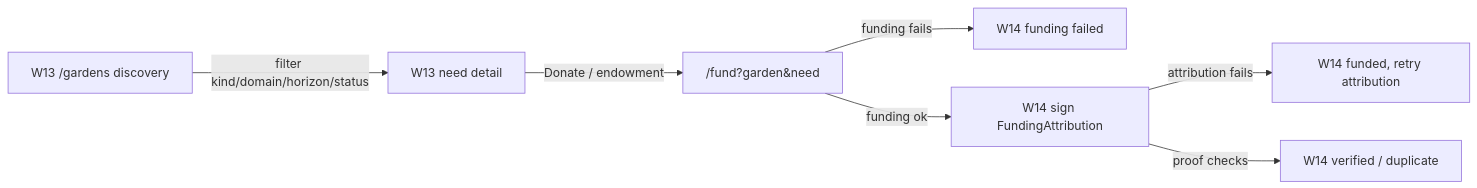
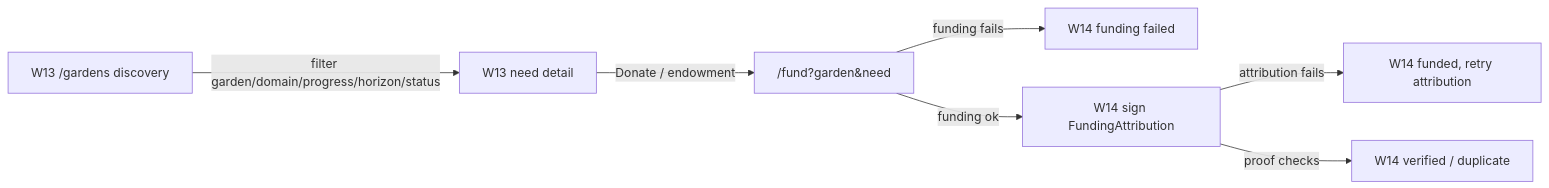
Diagram 13 of 17 in .plans/active/community-interface/prototypes.md (greenpill-dev-guild/green-goods), drawn with Mermaid before and after one commit. The commit also changed other lines of this file and 8 other files, not shown here.

````diff
--- a/.plans/active/community-interface/prototypes.md
+++ b/.plans/active/community-interface/prototypes.md
@@ -344,9 +344,9 @@
 ```mermaid
 flowchart LR
-  A["W13 /gardens discovery"] -->|"filter kind/domain/horizon/status"| B["W13 need detail"]
+  A["W13 /gardens discovery"] -->|"filter garden/domain/progress/horizon/status"| B["W13 need detail"]
   B -->|"Donate / endowment"| C["/fund?garden&need"]
   C -->|"funding fails"| D["W14 funding failed"]
   C -->|"funding ok"| E["W14 sign FundingAttribution"]
   E -->|"attribution fails"| F["W14 funded, retry attribution"]
   E -->|"proof checks"| G["W14 verified / duplicate"]
 ```
````
